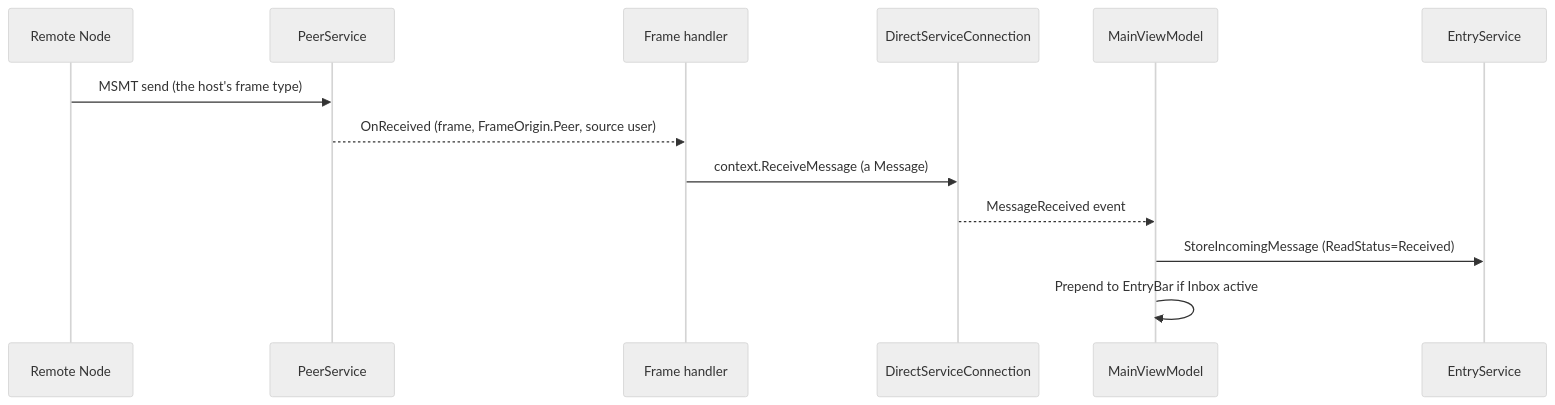
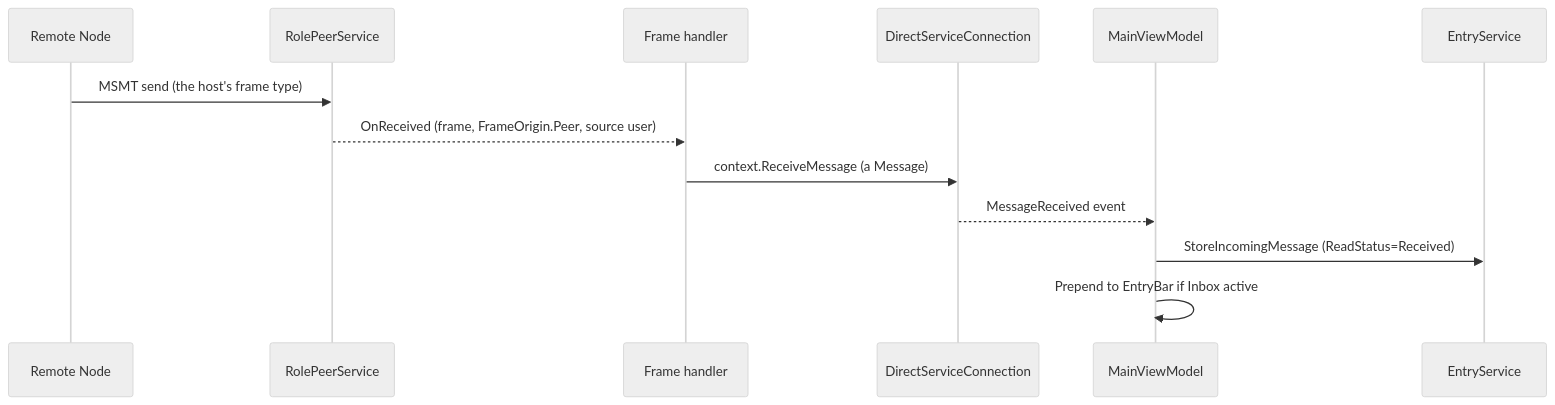
The third of 5 diagrams in Docs/Architecture.md (Blue-Heighliner/Comlink), drawn with Mermaid (neutral theme) before and after one commit. The commit also changed other lines of this file and 14 other files, not shown here.

````diff
--- a/Docs/Architecture.md
+++ b/Docs/Architecture.md
@@ -93,15 +93,15 @@
 ```mermaid
 sequenceDiagram
     participant RN as Remote Node
-    participant PS as PeerService
+    participant PS as RolePeerService
     participant NP as Frame handler
     participant DSC as DirectServiceConnection
     participant MVM as MainViewModel
     participant ES as EntryService
     RN->>PS: MSMT send (the host's frame type)
     PS-->>NP: OnReceived (frame, FrameOrigin.Peer, source user)
     NP->>DSC: context.ReceiveMessage (a Message)
     DSC-->>MVM: MessageReceived event
     MVM->>ES: StoreIncomingMessage (ReadStatus=Received)
     MVM->>MVM: Prepend to EntryBar if Inbox active
 ```
````
